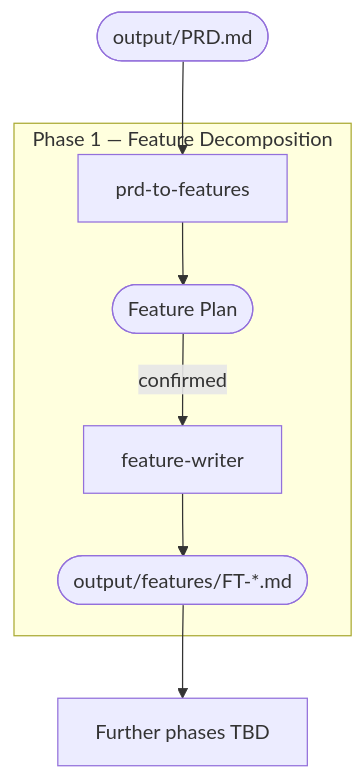
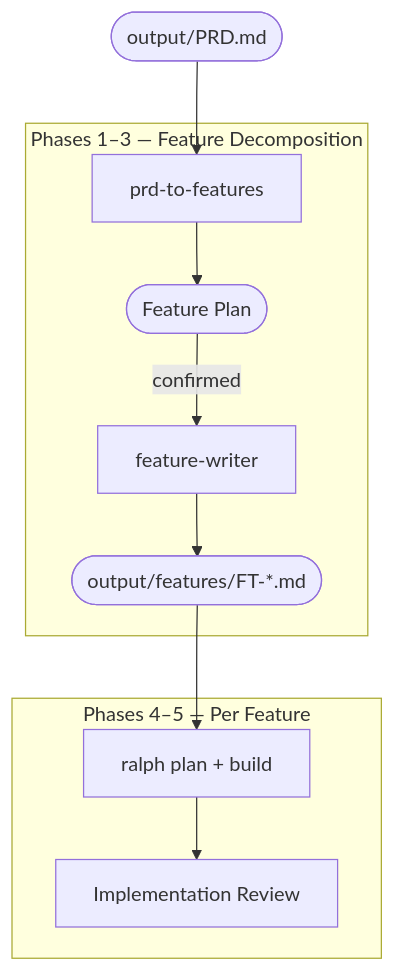
Before and after one commit to DEFRA/defra-ai-modernisation-playbook: the diagram in pages/re-engineering/process/README.md, drawn with Mermaid. The commit also changed other lines of this file and 8 other files, not shown here.

Commit message:
docs: add autonomous build and implementation review phases

````diff
--- a/pages/re-engineering/process/README.md
+++ b/pages/re-engineering/process/README.md
@@ -10,20 +10,26 @@
 ```mermaid
 flowchart TB
     PRD(["output/PRD.md"])
 
-    subgraph decomposition ["Phase 1 — Feature Decomposition"]
+    subgraph decomposition ["Phases 1–3 — Feature Decomposition"]
         ptf[prd-to-features]
         plan(["Feature Plan"])
         fw[feature-writer]
         features(["output/features/FT-*.md"])
 
         ptf --> plan
         plan -->|confirmed| fw
         fw --> features
     end
 
     PRD --> ptf
 
-    future["Further phases TBD"]
-    features --> future
+    subgraph build ["Phases 4–5 — Per Feature"]
+        ralph[ralph plan + build]
+        review["Implementation Review"]
+
+        ralph --> review
+    end
+
+    features --> ralph
 ```
````
